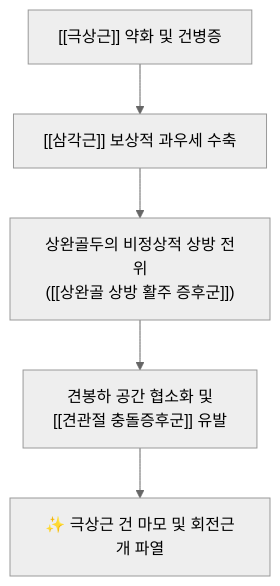
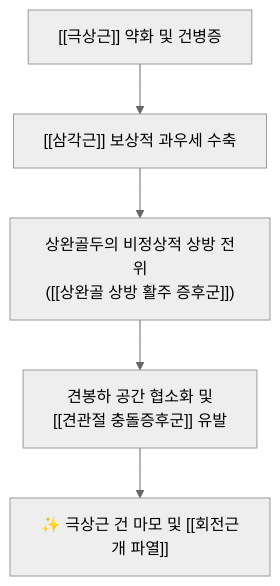
One commit to simbio11/simbio-digital-garden2 changed the first of 2 diagrams in content/1. 근골격계 공부/근육/(4) 어깨/극상근.md. Above: the diagram before and after it, drawn with Mermaid (neutral theme). The commit also changed other lines of this file and 487 other files, not shown here.

````diff
--- a/content/1. 근골격계 공부/근육/(4) 어깨/극상근.md
+++ b/content/1. 근골격계 공부/근육/(4) 어깨/극상근.md
@@ -44,7 +49,9 @@
 ```mermaid
 graph TD
     SupraspinWeak["[[극상근]] 약화 및 건병증"] --> DeltoidDominance["[[삼각근]] 보상적 과우세 수축"]
-    DeltoidDominance --> SuperiorGlide["상완골두의 비정상적 상방 전위\n([[상완골 상방 활주 증후군]])"]
-    SuperiorGlide --> SubacromialImp["견봉하 공간 협소화 및\n[[견관절 충돌증후군]] 유발"]
-    SubacromialImp --> RotatorTear["✨ 극상근 건 마모 및 회전근개 파열"]
+    DeltoidDominance --> SuperiorGlide["상완골두의 비정상적 상방 전위
+([[상완골 상방 활주 증후군]])"]
+    SuperiorGlide --> SubacromialImp["견봉하 공간 협소화 및
+[[견관절 충돌증후군]] 유발"]
+    SubacromialImp --> RotatorTear["✨ 극상근 건 마모 및 [[회전근개 파열]]"]
 ```
````
